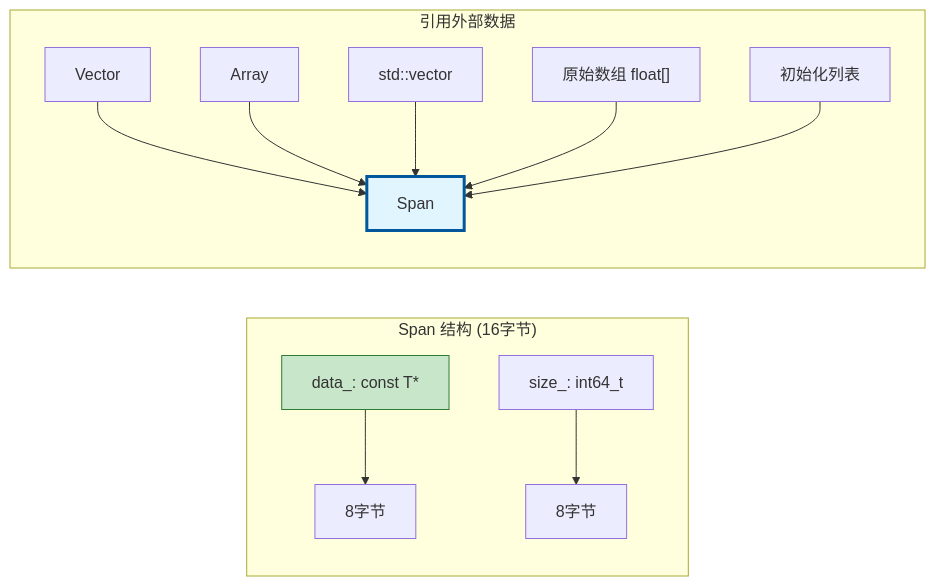
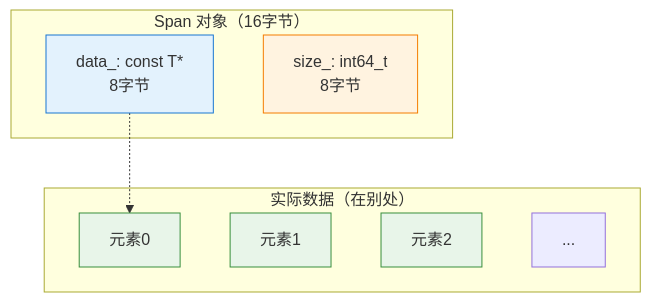
Before and after one commit to yunkezengren/blender-.vscode: the first of 5 diagrams in 杂/markdown/学习节点/基础库/02_Span.md, drawn with Mermaid. The commit also changed other lines of this file and 4 other files, not shown here.

````diff
--- a/杂/markdown/学习节点/基础库/02_Span.md
+++ b/杂/markdown/学习节点/基础库/02_Span.md
@@ -377,18 +226,22 @@
 ```mermaid
-flowchart LR
-    subgraph Span结构["Span 结构 (16字节)"]
-        A["data_: const T*"] --> A1["8字节"]
-        B["size_: int64_t"] --> B1["8字节"]
+flowchart TB
+    subgraph "Span 对象（16字节）"
+        A[data_: const T*<br/>8字节]:::ptr
+        B[size_: int64_t<br/>8字节]:::size
     end
     
-    subgraph 引用外部数据["引用外部数据"]
-        C["Vector<float>"] --> D["Span<float>"]
-        E["Array<float>"] --> D
-        F["std::vector<float>"] --> D
-        G["原始数组 float[]"] --> D
-        H["初始化列表"] --> D
+    subgraph "实际数据（在别处）"
+        C[元素0]:::data
+        D[元素1]:::data
+        E[元素2]:::data
+        F[...]:::data
     end
     
-    style A fill:#c8e6c9,stroke:#2e7d32
-    style D fill:#e1f5fe,stroke:#01579b,stroke-width:3px
+    A -.-> C
+    
+    style A fill:#e3f2fd,stroke:#1976d2
+    style B fill:#fff3e0,stroke:#f57c00
+    style C fill:#e8f5e9,stroke:#388e3c
+    style D fill:#e8f5e9,stroke:#388e3c
+    style E fill:#e8f5e9,stroke:#388e3c
 ```
````
